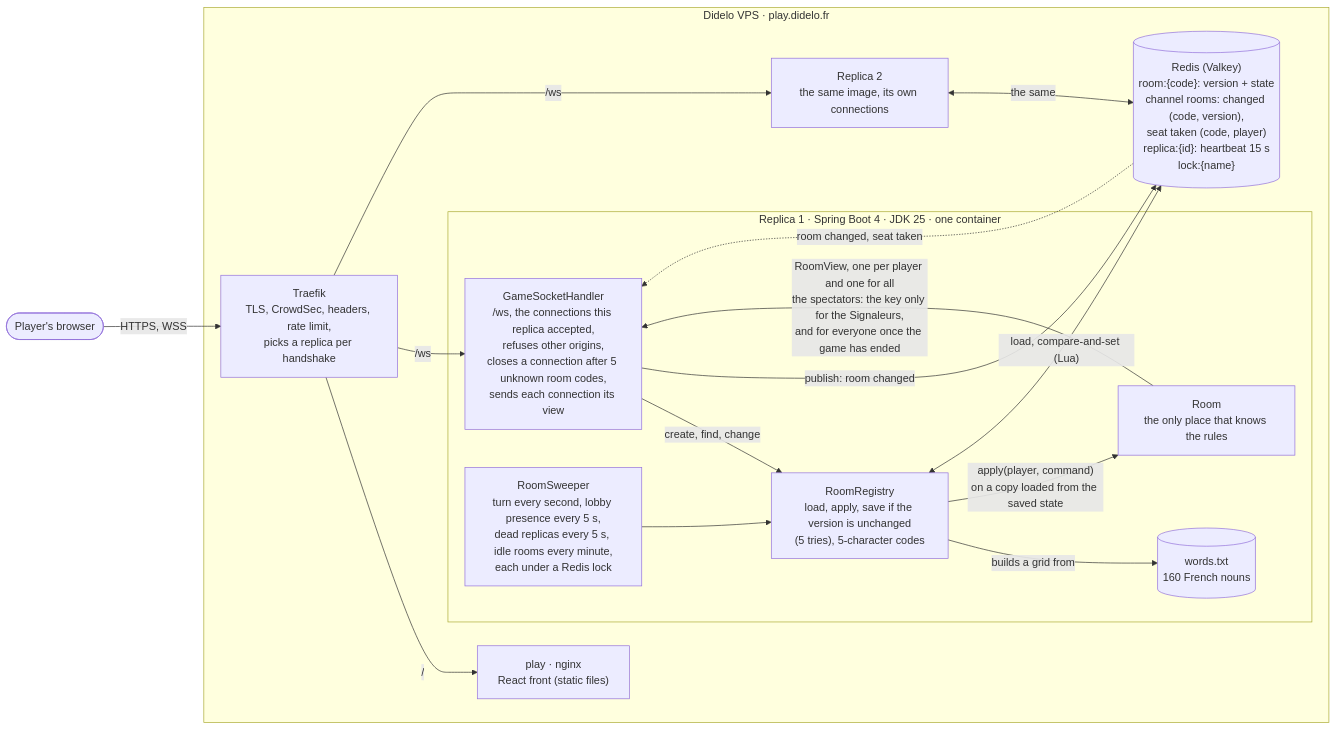
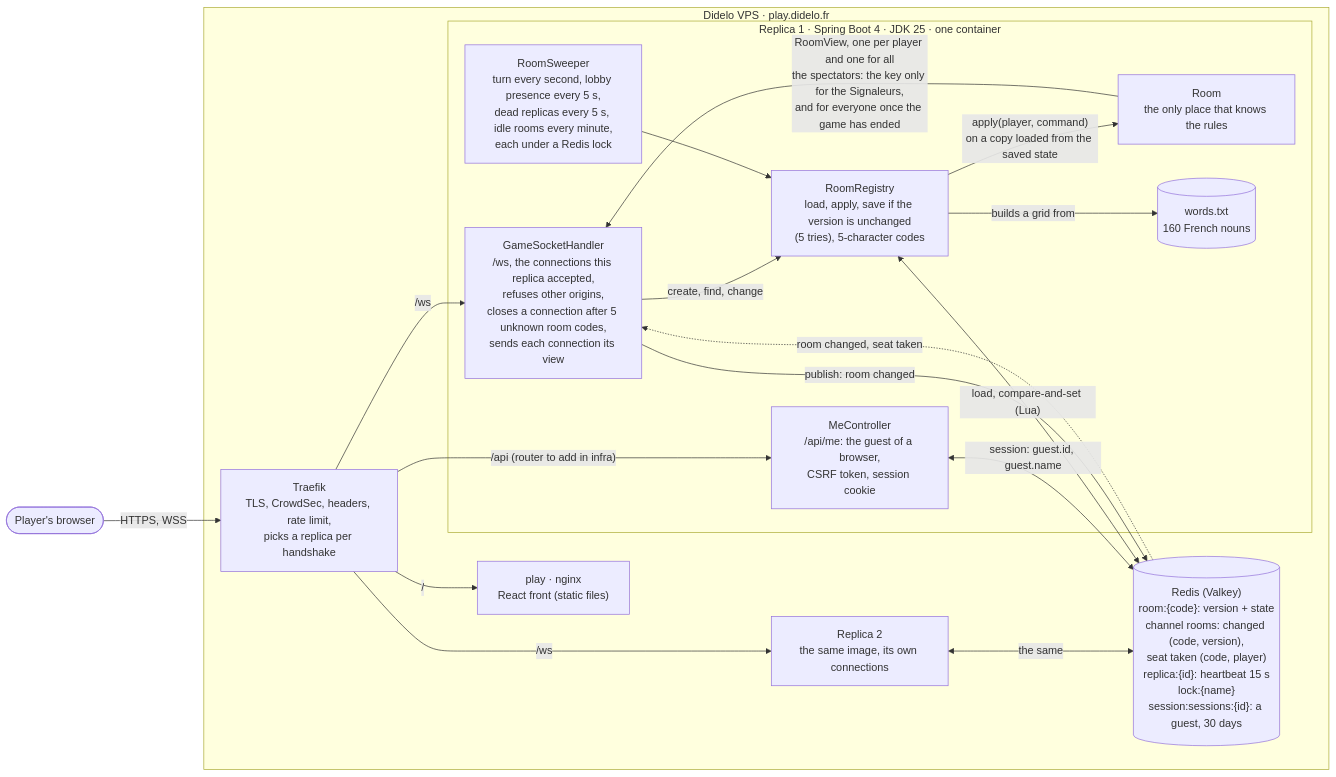
Before and after one commit to Didelo-lilian/semaphore: the second of 4 diagrams in README.md, drawn with Mermaid. The commit also changed other lines of this file and 18 other files, not shown here.

Commit message:
feat: keep a guest's pseudo in a session shared by the replicas (#61)

````diff
--- a/README.md
+++ b/README.md
@@ -170,32 +180,35 @@
 ```mermaid
 flowchart LR
   player([Player's browser])
 
   subgraph vps["Didelo VPS · play.didelo.fr"]
     traefik["Traefik<br/>TLS, CrowdSec, headers, rate limit,<br/>picks a replica per handshake"]
     front["play · nginx<br/>React front (static files)"]
     subgraph app["Replica 1 · Spring Boot 4 · JDK 25 · one container"]
       handler["GameSocketHandler<br/>/ws, the connections this replica accepted,<br/>refuses other origins,<br/>closes a connection after 5 unknown room codes,<br/>sends each connection its view"]
       sweeper["RoomSweeper<br/>turn every second, lobby presence every 5 s,<br/>dead replicas every 5 s, idle rooms every minute,<br/>each under a Redis lock"]
       registry["RoomRegistry<br/>load, apply, save if the version is unchanged<br/>(5 tries), 5-character codes"]
       room["Room<br/>the only place that knows the rules"]
+      me["MeController<br/>/api/me: the guest of a browser,<br/>CSRF token, session cookie"]
       words[("words.txt<br/>160 French nouns")]
     end
     other["Replica 2<br/>the same image, its own connections"]
-    redis[("Redis (Valkey)<br/>room:{code}: version + state<br/>channel rooms: changed (code, version),<br/>seat taken (code, player)<br/>replica:{id}: heartbeat 15 s<br/>lock:{name}")]
+    redis[("Redis (Valkey)<br/>room:{code}: version + state<br/>channel rooms: changed (code, version),<br/>seat taken (code, player)<br/>replica:{id}: heartbeat 15 s<br/>lock:{name}<br/>session:sessions:{id}: a guest, 30 days")]
   end
 
   player -->|"HTTPS, WSS"| traefik
   traefik -->|"/"| front
   traefik -->|"/ws"| handler
   traefik -->|"/ws"| other
+  traefik -->|"/api (router to add in infra)"| me
+  me <-->|"session: guest.id, guest.name"| redis
   handler -->|"create, find, change"| registry
   sweeper --> registry
   registry -->|"builds a grid from"| words
   registry -->|"apply(player, command)<br/>on a copy loaded from the saved state"| room
   room -->|"RoomView, one per player and one for all<br/>the spectators: the key only for the Signaleurs,<br/>and for everyone once the game has ended"| handler
   registry <-->|"load, compare-and-set (Lua)"| redis
   handler -->|"publish: room changed"| redis
   redis -.->|"room changed, seat taken"| handler
   other <-->|"the same"| redis
 ```
````
